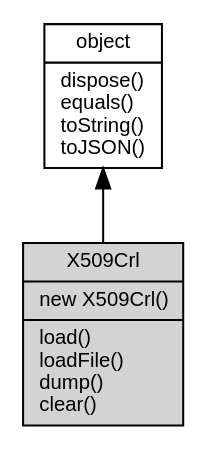
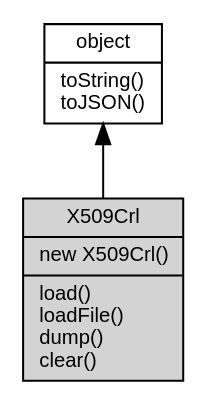
Before and after one commit to asionius/fibjs-ceph: the diagram in docs/object/ifs/X509Crl.md, drawn with Graphviz. The commit also changed other lines of this file and 138 other files, not shown here.

````diff
--- a/docs/object/ifs/X509Crl.md
+++ b/docs/object/ifs/X509Crl.md
@@ -11,10 +11,10 @@
 ```dot
 digraph {
     node [fontname="Helvetica,sans-Serif", fontsize=10, shape="record", style="filled", fillcolor="white"];
 
-    object [tooltip="object", URL="object.md", label="{object|dispose()\lequals()\ltoString()\ltoJSON()\l}"];
-    X509Crl [tooltip="X509Crl", fillcolor="lightgray", label="{X509Crl|new X509Crl()\l|load()\lloadFile()\ldump()\lclear()\l}"];
+    object [tooltip="object", URL="object.md", label="{object|toString()\ltoJSON()\l}"];
+    X509Crl [tooltip="X509Crl", fillcolor="lightgray", id="me", label="{X509Crl|new X509Crl()\l|load()\lloadFile()\ldump()\lclear()\l}"];
 
     object -> X509Crl [dir=back];
 }
 ```
````
